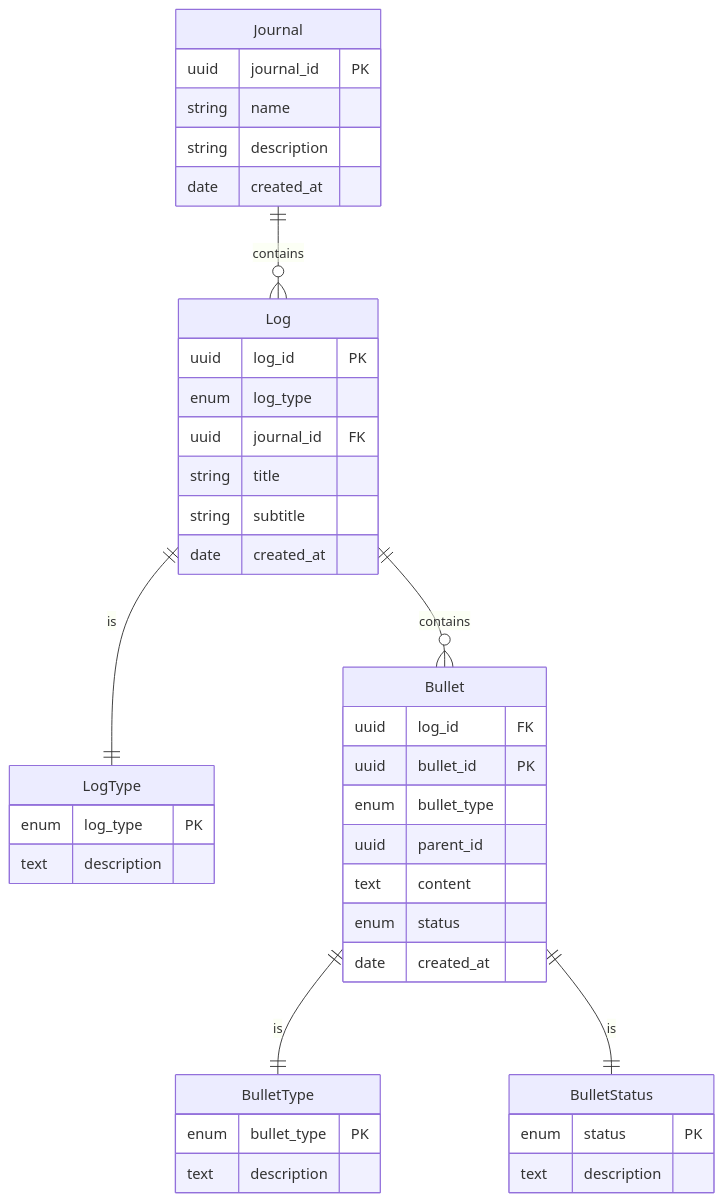
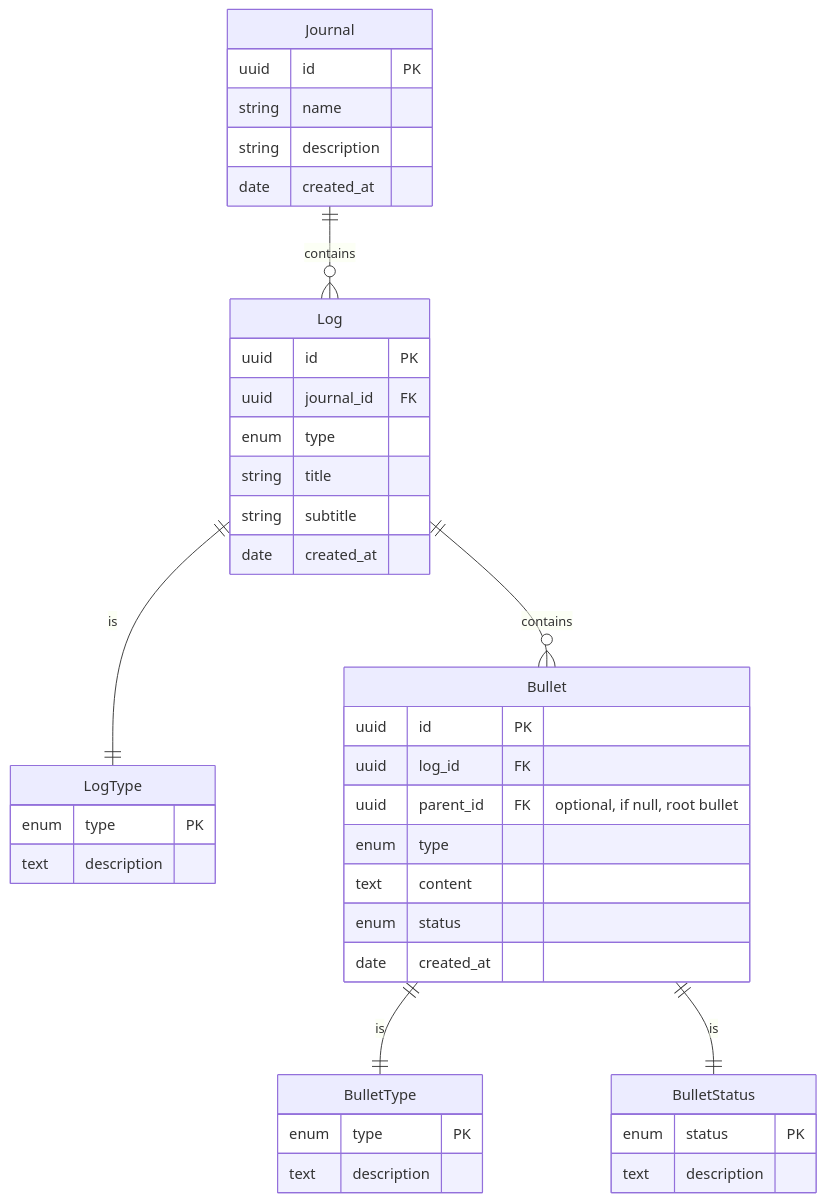
One commit to monemo12/universal-entities changed the diagram in bullet-journal/README.md. Above: the diagram before and after it, drawn with Mermaid.

Commit message:
update entity

````diff
--- a/bullet-journal/README.md
+++ b/bullet-journal/README.md
@@ -30,54 +30,54 @@
 ```mermaid
 erDiagram
 
 Journal {
-    uuid journal_id PK
+    uuid id PK
     string name
     string description
     date created_at
 }
 
 Journal ||--o{ Log : contains
 
 Log {
-    uuid log_id PK
-    enum log_type
+    uuid id PK
     uuid journal_id FK
+    enum type
     string title
     string subtitle
     date created_at
 }
 
 Log ||--|| LogType : is
 
 LogType {
-    enum log_type PK
+    enum type PK
     text description
 }
 
 Log ||--o{ Bullet : contains
 
 Bullet {
+    uuid id PK
     uuid log_id FK
-    uuid bullet_id PK
-    enum bullet_type
-    uuid parent_id
+    uuid parent_id FK "optional, if null, root bullet"
+    enum type
     text content
     enum status
     date created_at
 }
 
 Bullet ||--|| BulletType : is
 
 BulletType {
-    enum bullet_type PK
+    enum type PK
     text description
 }
 
 Bullet ||--|| BulletStatus : is
 
 BulletStatus {
     enum status PK
     text description
 }
 ```
````
